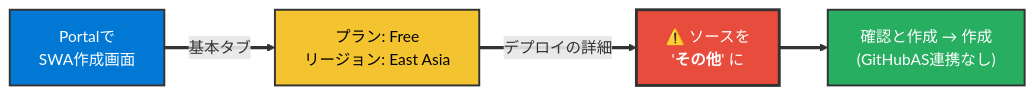
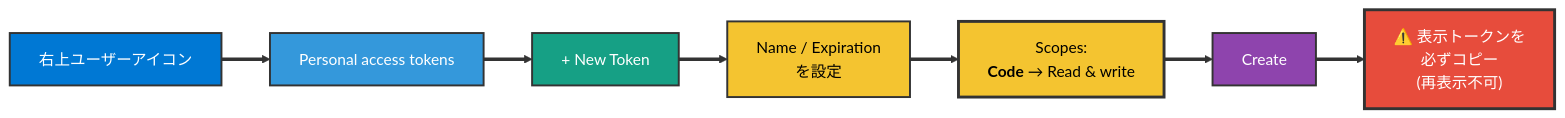
Before and after one commit to kasuyaofcb/tech_docs: the ninth of 25 diagrams in 04b_azure/setup.md, drawn with Mermaid. The commit also changed other lines of this file and 2 other files, not shown here.

````diff
--- a/04b_azure/setup.md
+++ b/04b_azure/setup.md
@@ -292,11 +312,17 @@
 ```mermaid
 flowchart LR
-    A["Portalで<br/>SWA作成画面"] ==>|"基本タブ"| B["プラン: Free<br/>リージョン: East Asia"]
-    B ==>|"デプロイの詳細"| C["⚠️ ソースを<br/>'<b>その他</b>' に"]
-    C ==> D["確認と作成 → 作成<br/>(GitHubAS連携なし)"]
+    A["右上ユーザーアイコン"] ==> B["Personal access tokens"]
+    B ==> C["+ New Token"]
+    C ==> D["Name / Expiration<br/>を設定"]
+    D ==> E["Scopes:<br/><b>Code</b> → Read & write"]
+    E ==> F["Create"]
+    F ==> G["⚠️ 表示トークンを<br/>必ずコピー<br/>(再表示不可)"]
 
     style A fill:#0078D4,color:#FFFFFF,stroke:#333,stroke-width:2px
-    style B fill:#F4C430,color:#000,stroke:#333,stroke-width:2px
-    style C fill:#E74C3C,color:#FFFFFF,stroke:#333,stroke-width:3px
-    style D fill:#27AE60,color:#FFFFFF,stroke:#333,stroke-width:2px
+    style B fill:#3498DB,color:#FFFFFF,stroke:#333,stroke-width:2px
+    style C fill:#16A085,color:#FFFFFF,stroke:#333,stroke-width:2px
+    style D fill:#F4C430,color:#000,stroke:#333,stroke-width:2px
+    style E fill:#F4C430,color:#000,stroke:#333,stroke-width:3px
+    style F fill:#8E44AD,color:#FFFFFF,stroke:#333,stroke-width:2px
+    style G fill:#E74C3C,color:#FFFFFF,stroke:#333,stroke-width:3px
 ```
````
